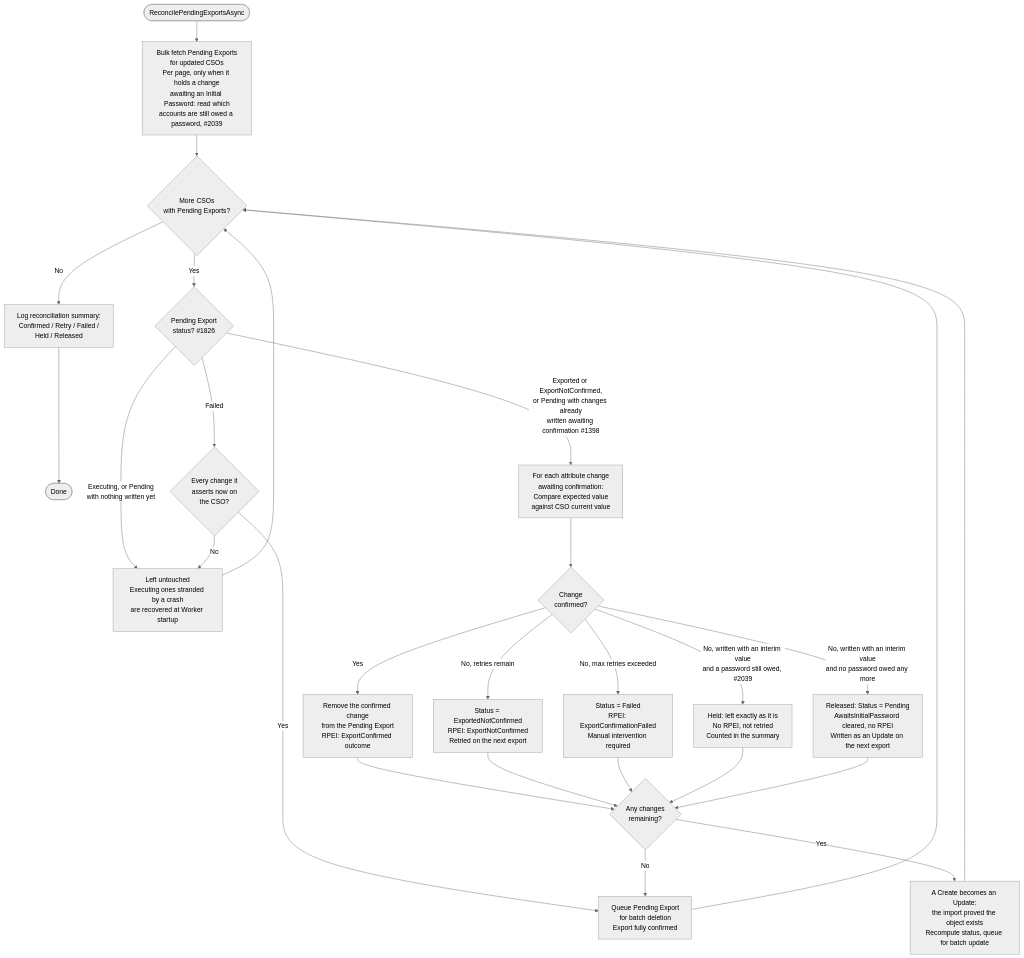
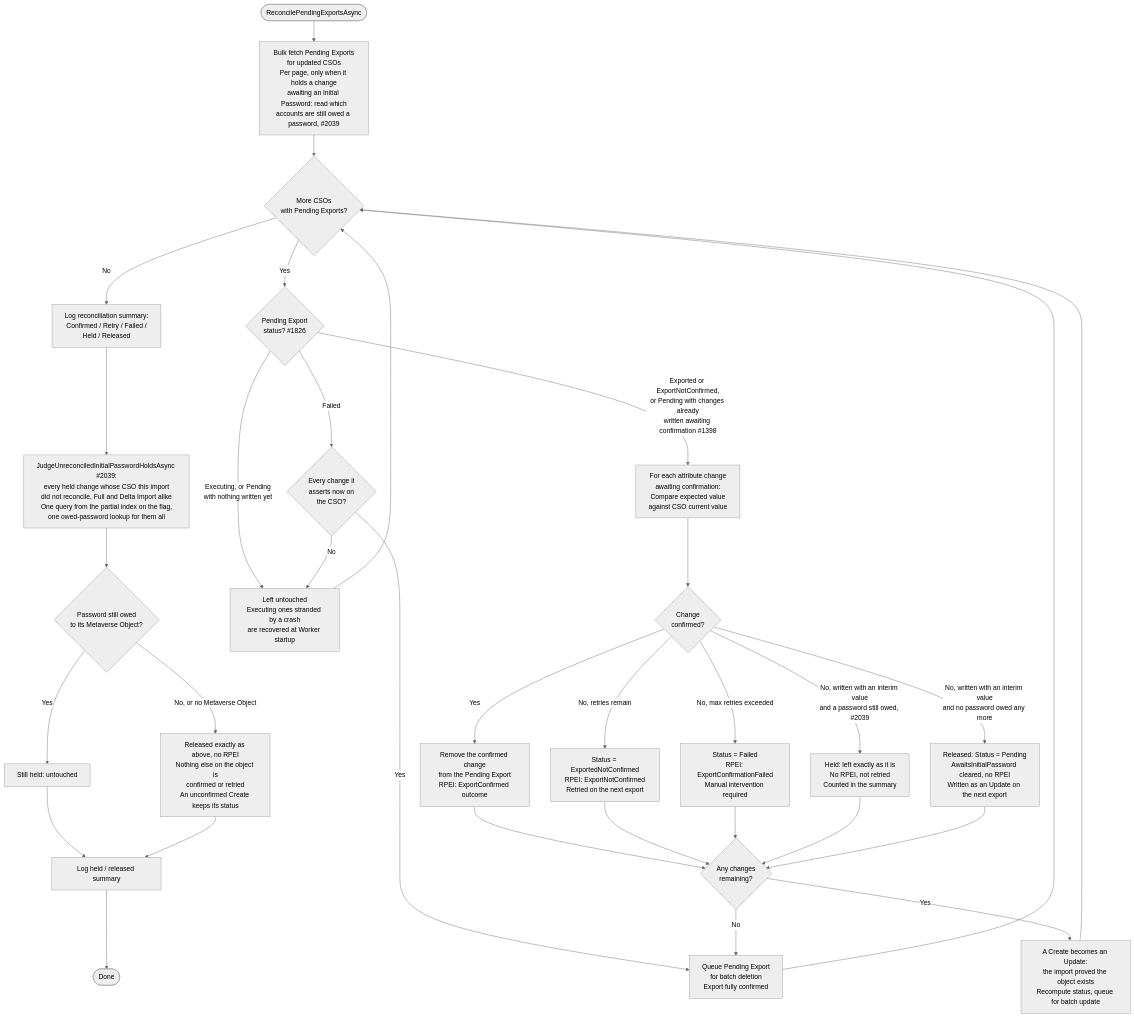
The sixth of 6 diagrams in docs/developer/diagrams/FULL_IMPORT_FLOW.md (TetronIO/JIM), drawn with Mermaid (neutral theme) before and after one commit. The commit also changed other lines of this file and 4 other files, not shown here.

First line of the commit message:
docs(#2039): describe the hold as judged at every import, and the new guards

````diff
--- a/docs/developer/diagrams/FULL_IMPORT_FLOW.md
+++ b/docs/developer/diagrams/FULL_IMPORT_FLOW.md
@@ -252,32 +252,38 @@
 ```mermaid
 flowchart TD
     Start([ReconcilePendingExportsAsync]) --> LoadPE[Bulk fetch Pending Exports<br/>for updated CSOs<br/>Per page, only when it holds a change<br/>awaiting an Initial Password: read which<br/>accounts are still owed a password, #2039]
     LoadPE --> Loop{More CSOs<br/>with Pending Exports?}
     Loop -->|No| Summary[Log reconciliation summary:<br/>Confirmed / Retry / Failed /<br/>Held / Released]
-    Summary --> Done([Done])
+    Summary --> Sweep[JudgeUnreconciledInitialPasswordHoldsAsync #2039:<br/>every held change whose CSO this import<br/>did not reconcile, Full and Delta Import alike<br/>One query from the partial index on the flag,<br/>one owed-password lookup for them all]
+    Sweep --> SweepOwed{Password still owed<br/>to its Metaverse Object?}
+    SweepOwed -->|Yes| SweepHeld[Still held: untouched]
+    SweepOwed -->|No, or no Metaverse Object| SweepReleased[Released exactly as above, no RPEI<br/>Nothing else on the object is<br/>confirmed or retried<br/>An unconfirmed Create keeps its status]
+    SweepHeld --> SweepSummary[Log held / released summary]
+    SweepReleased --> SweepSummary
+    SweepSummary --> Done([Done])
 
     Loop -->|Yes| StatusGate{Pending Export<br/>status? #1826}
     StatusGate -->|Executing, or Pending<br/>with nothing written yet| Untouched[Left untouched<br/>Executing ones stranded by a crash<br/>are recovered at Worker startup]
     Untouched --> Loop
     StatusGate -->|Failed| FailedCheck{Every change it<br/>asserts now on<br/>the CSO?}
     FailedCheck -->|Yes| Delete
     FailedCheck -->|No| Untouched
     StatusGate -->|Exported or ExportNotConfirmed,<br/>or Pending with changes already<br/>written awaiting confirmation #1398| Compare[For each attribute change<br/>awaiting confirmation:<br/>Compare expected value<br/>against CSO current value]
     Compare --> PerChange{Change<br/>confirmed?}
     PerChange -->|Yes| RemoveConfirmed[Remove the confirmed change<br/>from the Pending Export<br/>RPEI: ExportConfirmed outcome]
     PerChange -->|No, retries remain| Retry[Status = ExportedNotConfirmed<br/>RPEI: ExportNotConfirmed<br/>Retried on the next export]
     PerChange -->|No, max retries exceeded| PermanentFail[Status = Failed<br/>RPEI: ExportConfirmationFailed<br/>Manual intervention required]
     PerChange -->|No, written with an interim value<br/>and a password still owed, #2039| Held[Held: left exactly as it is<br/>No RPEI, not retried<br/>Counted in the summary]
     PerChange -->|No, written with an interim value<br/>and no password owed any more| Released[Released: Status = Pending<br/>AwaitsInitialPassword cleared, no RPEI<br/>Written as an Update on the next export]
 
     RemoveConfirmed --> Remaining{Any changes<br/>remaining?}
     Retry --> Remaining
     PermanentFail --> Remaining
     Held --> Remaining
     Released --> Remaining
     Remaining -->|No| Delete[Queue Pending Export<br/>for batch deletion<br/>Export fully confirmed]
     Remaining -->|Yes| Update[A Create becomes an Update:<br/>the import proved the object exists<br/>Recompute status, queue for batch update]
 
     Delete --> Loop
     Update --> Loop
 ```
````
